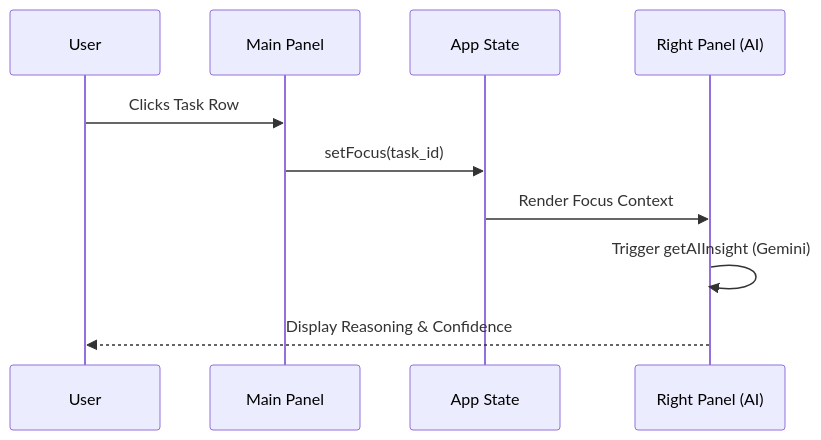
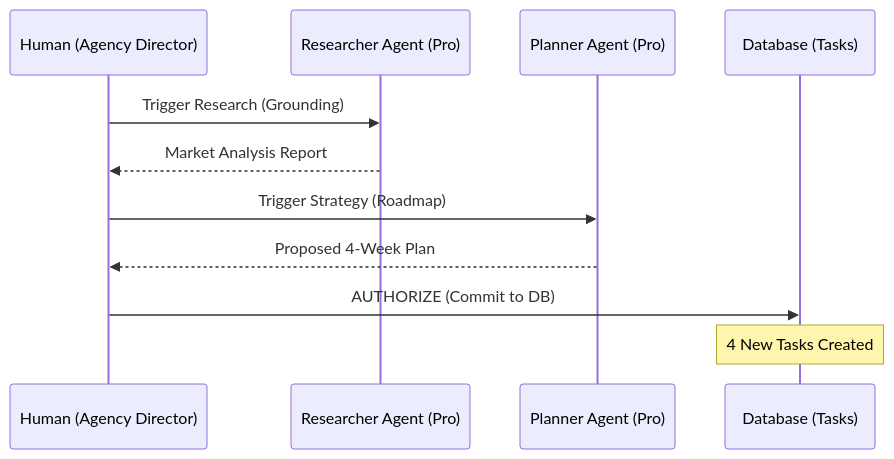
The second of 2 diagrams in sitemap.md (amo-tech-ai/sunaiv8), drawn with Mermaid before and after one commit. The commit also changed other lines of this file and 13 other files, not shown here.

````diff
--- a/sitemap.md
+++ b/sitemap.md
@@ -124,13 +147,14 @@
 ```mermaid
 sequenceDiagram
-    participant U as User
-    participant P as Main Panel
-    participant S as App State
-    participant A as Right Panel (AI)
-    
-    U->>P: Clicks Task Row
-    P->>S: setFocus(task_id)
-    S->>A: Render Focus Context
-    A->>A: Trigger getAIInsight (Gemini)
-    A-->>U: Display Reasoning & Confidence
+    participant H as Human (Agency Director)
+    participant R as Researcher Agent (Pro)
+    participant P as Planner Agent (Pro)
+    participant D as Database (Tasks)
+
+    H->>R: Trigger Research (Grounding)
+    R-->>H: Market Analysis Report
+    H->>P: Trigger Strategy (Roadmap)
+    P-->>H: Proposed 4-Week Plan
+    H->>D: AUTHORIZE (Commit to DB)
+    Note over D: 4 New Tasks Created
 ```
````
